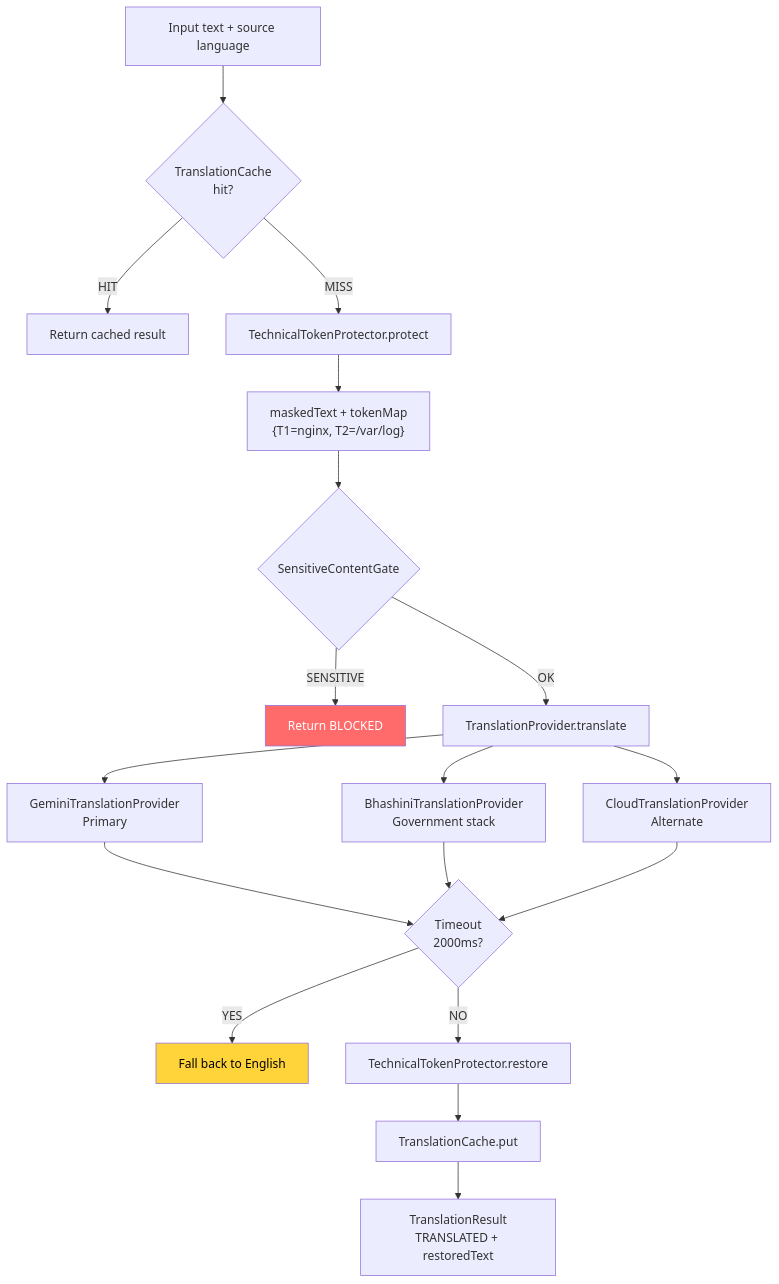
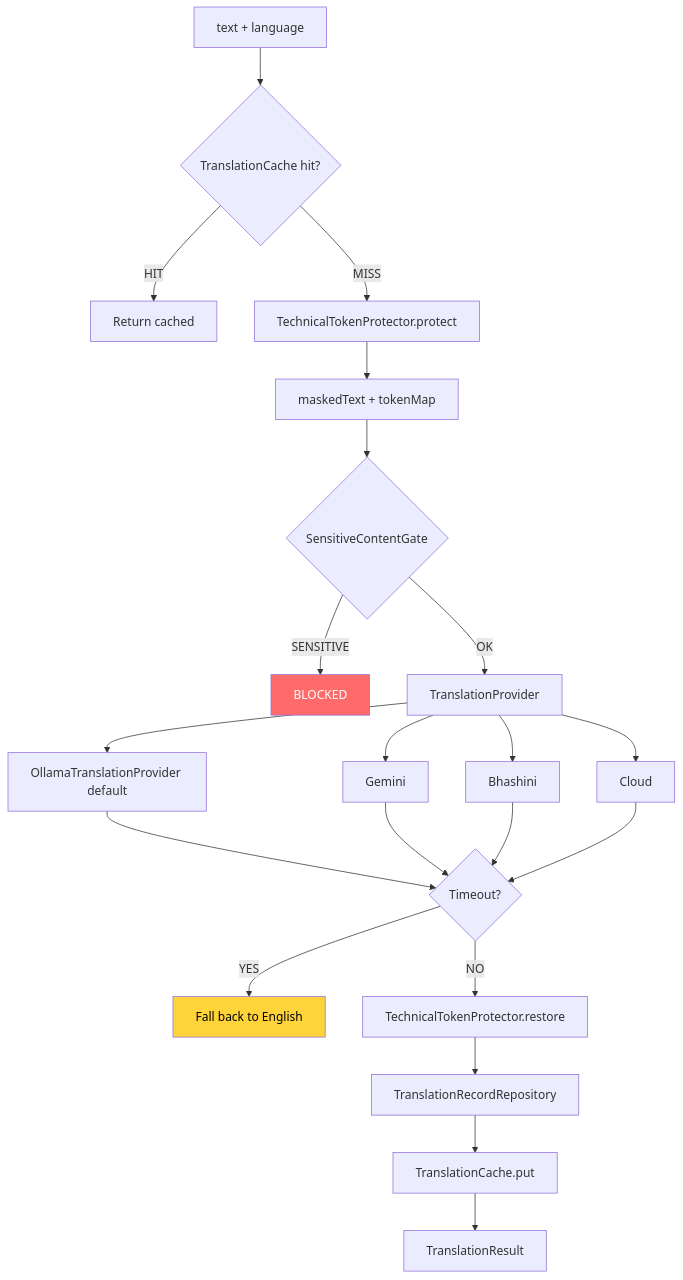
Before and after one commit to rachitGupta-ai/IntentGuard: diagram 13 of 26 in docs/product-design-and-execution-flow.md, drawn with Mermaid. The commit also changed other lines of this file and 29 other files, not shown here.

First line of the commit message:
Add Ollama LLM/translation provider, insight & bootstrap APIs, demo assets

````diff
--- a/docs/product-design-and-execution-flow.md
+++ b/docs/product-design-and-execution-flow.md
@@ -467,27 +546,22 @@
 ```mermaid
 flowchart TD
-    INPUT[Input text + source language] --> CACHE{TranslationCache<br/>hit?}
-
-    CACHE -->|HIT| RETURN[Return cached result]
+    INPUT[text + language] --> CACHE{TranslationCache hit?}
+    CACHE -->|HIT| RETURN[Return cached]
     CACHE -->|MISS| PROTECT[TechnicalTokenProtector.protect]
-
-    PROTECT --> MASKED["maskedText + tokenMap<br/>{T1=nginx, T2=/var/log}"]
+    PROTECT --> MASKED[maskedText + tokenMap]
     MASKED --> GATE{SensitiveContentGate}
-
-    GATE -->|SENSITIVE| BLOCKED[Return BLOCKED]
-    GATE -->|OK| PROVIDER[TranslationProvider.translate]
-
-    PROVIDER --> G[GeminiTranslationProvider<br/>Primary]
-    PROVIDER --> B[BhashiniTranslationProvider<br/>Government stack]
-    PROVIDER --> C[CloudTranslationProvider<br/>Alternate]
-
-    G & B & C --> TIMEOUT{Timeout<br/>2000ms?}
+    GATE -->|SENSITIVE| BLOCKED[BLOCKED]
+    GATE -->|OK| PROVIDER[TranslationProvider]
+    PROVIDER --> OLL[OllamaTranslationProvider default]
+    PROVIDER --> G[Gemini]
+    PROVIDER --> B[Bhashini]
+    PROVIDER --> C[Cloud]
+    OLL & G & B & C --> TIMEOUT{Timeout?}
     TIMEOUT -->|YES| FALLBACK[Fall back to English]
     TIMEOUT -->|NO| RESTORE[TechnicalTokenProtector.restore]
-
-    RESTORE --> CACHE_PUT[TranslationCache.put]
-    CACHE_PUT --> RESULT[TranslationResult<br/>TRANSLATED + restoredText]
-
+    RESTORE --> AUDIT[TranslationRecordRepository]
+    AUDIT --> CACHE_PUT[TranslationCache.put]
+    CACHE_PUT --> RESULT[TranslationResult]
     style BLOCKED fill:#ff6b6b,color:#fff
     style FALLBACK fill:#ffd43b,color:#000
 ```
````
